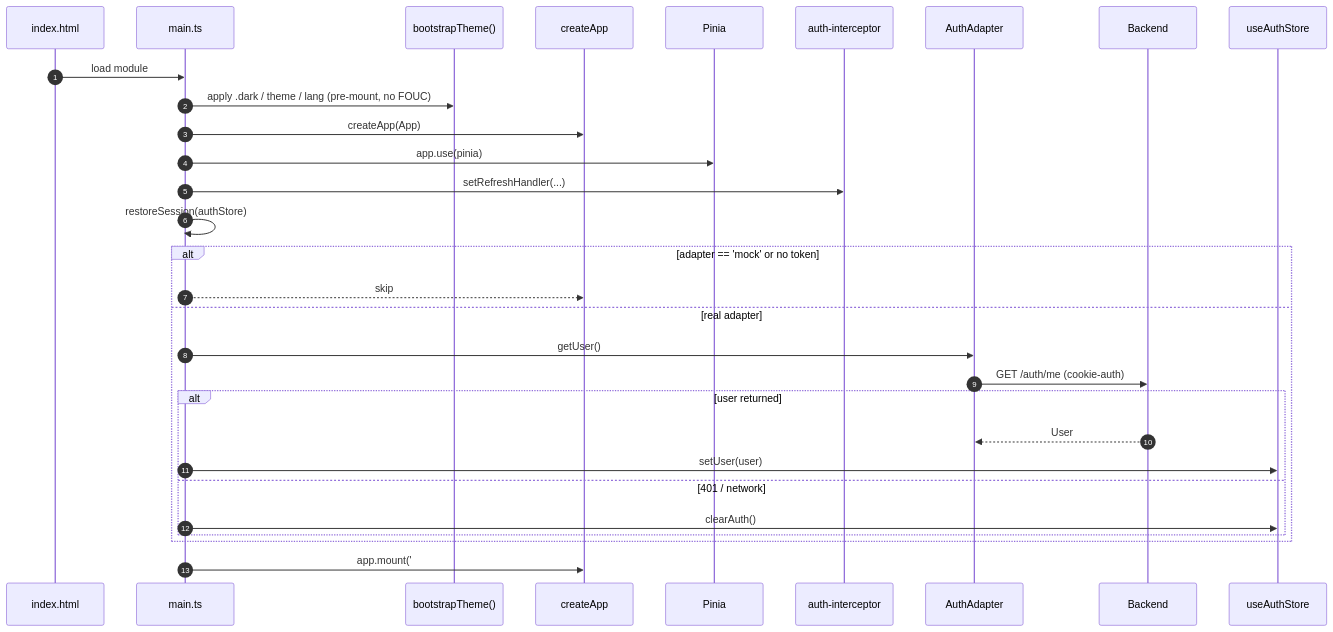
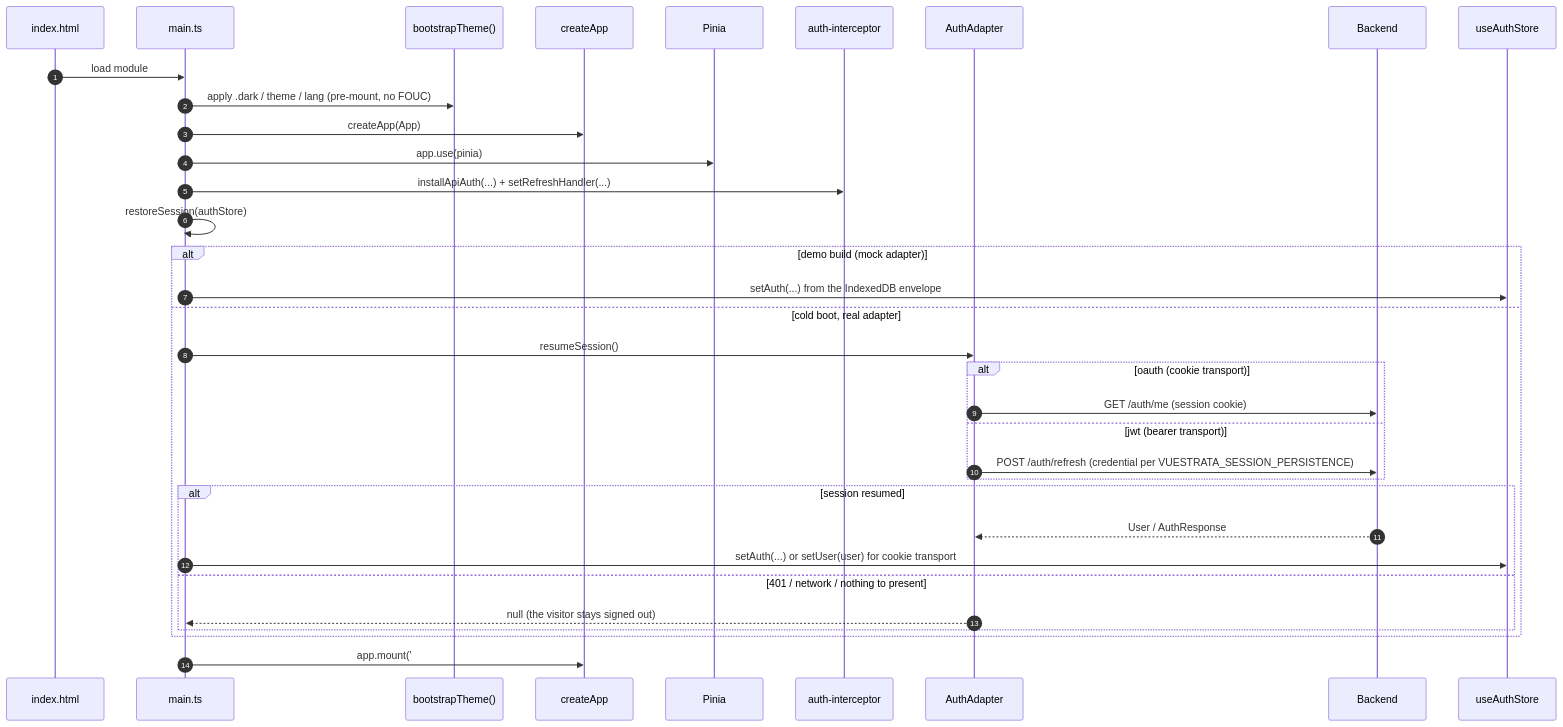
The tenth of 14 diagrams in docs/6.configuration/3.auth-deep-dive.md (boussadjra/vuestrata), drawn with Mermaid before and after one commit. The commit also changed other lines of this file and 9 other files, not shown here.

````diff
--- a/docs/6.configuration/3.auth-deep-dive.md
+++ b/docs/6.configuration/3.auth-deep-dive.md
@@ -720,33 +752,37 @@
 ```mermaid
 sequenceDiagram
   autonumber
   participant HTML as index.html
   participant Main as main.ts
   participant Boot as bootstrapTheme()
   participant App as createApp
   participant Pinia
   participant Int as auth-interceptor
   participant Adapter as AuthAdapter
   participant API as Backend
   participant Store as useAuthStore
 
   HTML->>Main: load module
   Main->>Boot: apply .dark / theme / lang (pre-mount, no FOUC)
   Main->>App: createApp(App)
   Main->>Pinia: app.use(pinia)
-  Main->>Int: setRefreshHandler(...)
+  Main->>Int: installApiAuth(...) + setRefreshHandler(...)
   Main->>Main: restoreSession(authStore)
-  alt adapter == 'mock' or no token
-    Main-->>App: skip
-  else real adapter
-    Main->>Adapter: getUser()
-    Adapter->>API: GET /auth/me (cookie-auth)
-    alt user returned
-      API-->>Adapter: User
-      Main->>Store: setUser(user)
-    else 401 / network
-      Main->>Store: clearAuth()
+  alt demo build (mock adapter)
+    Main->>Store: setAuth(...) from the IndexedDB envelope
+  else cold boot, real adapter
+    Main->>Adapter: resumeSession()
+    alt oauth (cookie transport)
+      Adapter->>API: GET /auth/me (session cookie)
+    else jwt (bearer transport)
+      Adapter->>API: POST /auth/refresh (credential per VUESTRATA_SESSION_PERSISTENCE)
+    end
+    alt session resumed
+      API-->>Adapter: User / AuthResponse
+      Main->>Store: setAuth(...) or setUser(user) for cookie transport
+    else 401 / network / nothing to present
+      Adapter-->>Main: null (the visitor stays signed out)
     end
   end
   Main->>App: app.mount('#app')
 ```
````
